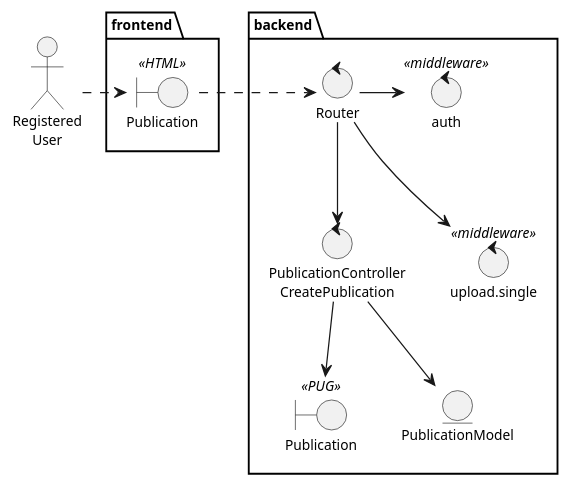
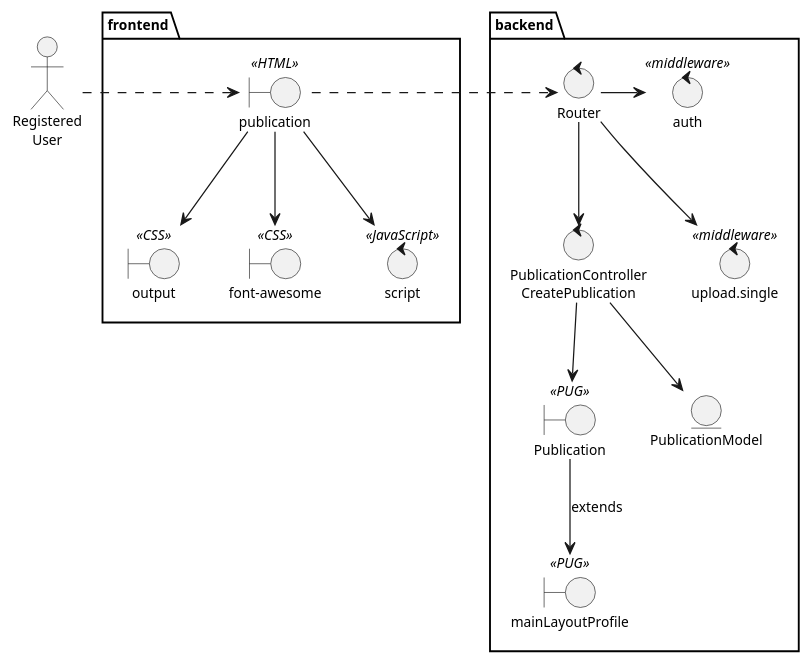
Before and after one commit to mpaulaherrero/tesis-frameworks-backend-diagrams: the diagram in logicalView/designView/express/usecaseDesign/designClassDiagramUC7.plantuml, drawn with PlantUML. The commit also changed 1 other file, not shown here.

Commit message:
css y javascript

```diff
--- a/logicalView/designView/express/usecaseDesign/designClassDiagramUC7.plantuml
+++ b/logicalView/designView/express/usecaseDesign/designClassDiagramUC7.plantuml
@@ -1,30 +1,38 @@
 @startuml
 skinparam style strictuml
 skinparam defaultTextAlignment center
 skinparam defaultFontSize 11
 
 actor "Registered\nUser" as UserReg
 
 ' This is a comment on a single line
 package backend {
     boundary "Publication" as PublicationDetailView << PUG >>
+    boundary "mainLayoutProfile" as mainLayoutProfileView << PUG >>
     control "PublicationController\nCreatePublication" as CreatePublicationController
     control Router
     control auth << middleware >>
     control "upload.single" as uploadSingle << middleware >>
     entity PublicationModel
 }
 
 package frontend {
-    boundary "Publication" as PublicationHtml << HTML >>
+    boundary "publication" as PublicationHtml << HTML >>
+    boundary "output" as outputCss << CSS >>
+    boundary "font-awesome" as fontCss << CSS >>
+    control script << JavaScript >>
 }
 
 UserReg .r.> PublicationHtml
+PublicationHtml -d-> outputCss
+PublicationHtml -d-> fontCss
+PublicationHtml -d-> script
 PublicationHtml .r.> Router
 Router -> auth
 Router -d-> uploadSingle
 Router -d-> CreatePublicationController
 CreatePublicationController -d-> PublicationDetailView
 CreatePublicationController -d-> PublicationModel
+PublicationDetailView -d-> mainLayoutProfileView: extends
 
 @enduml
```
